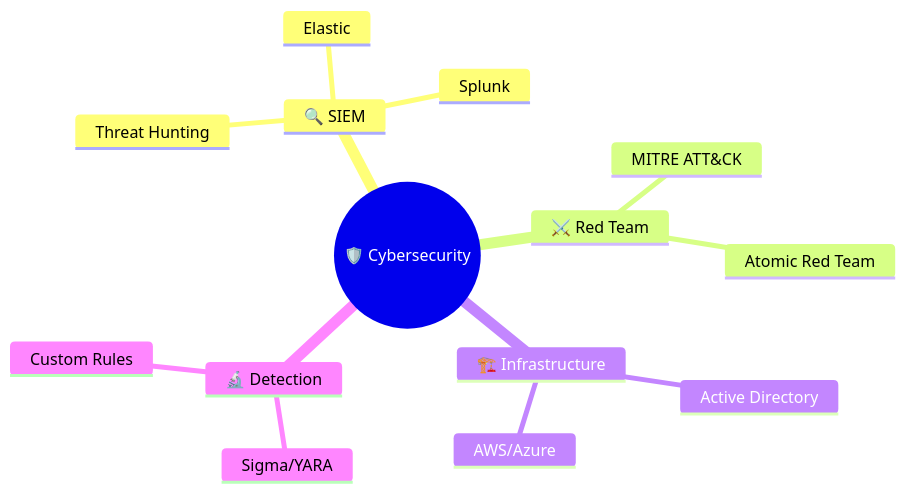
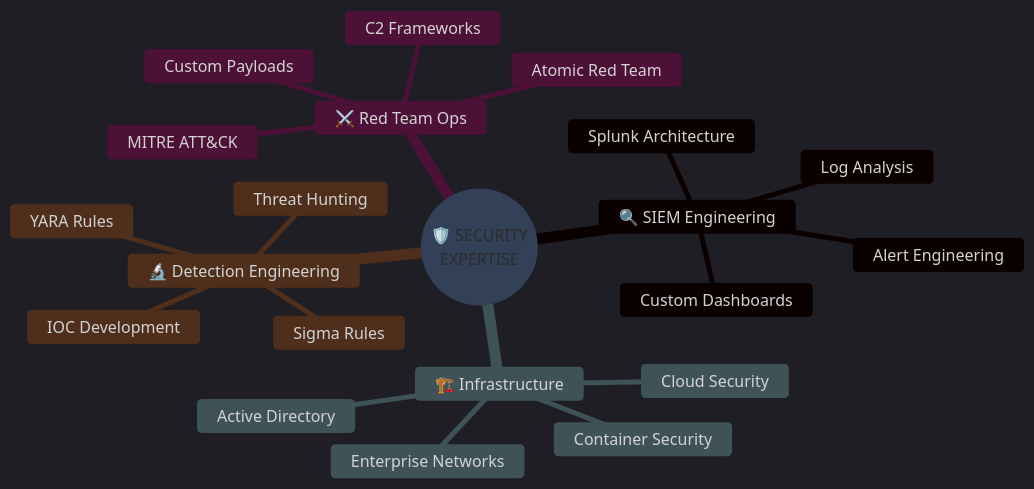
One commit to d3vhackz/d3vhackz changed the diagram in README.md. Above: the diagram before and after it, drawn with Mermaid. The commit also changed other lines of this file, not shown here.

````diff
--- a/README.md
+++ b/README.md
@@ -71,17 +147,26 @@
 ```mermaid
+%%{init: {'theme':'dark', 'themeVariables': { 'primaryColor': '#00D9FF', 'primaryTextColor': '#FFFFFF', 'primaryBorderColor': '#00D9FF', 'lineColor': '#00D9FF', 'secondaryColor': '#0D1117', 'tertiaryColor': '#21262D'}}}%%
 mindmap
-  root((🛡️ Cybersecurity))
-    🔍 SIEM
-      Splunk
-      Elastic
-      Threat Hunting
-    ⚔️ Red Team
+  root((🛡️ SECURITY
+    EXPERTISE))
+    🔍 SIEM Engineering
+      Splunk Architecture
+      Log Analysis
+      Custom Dashboards
+      Alert Engineering
+    ⚔️ Red Team Ops
       MITRE ATT&CK
       Atomic Red Team
+      Custom Payloads
+      C2 Frameworks
     🏗️ Infrastructure
       Active Directory
-      AWS/Azure
-    🔬 Detection
-      Sigma/YARA
-      Custom Rules
+      Enterprise Networks
+      Cloud Security
+      Container Security
+    🔬 Detection Engineering
+      Sigma Rules
+      YARA Rules
+      Threat Hunting
+      IOC Development
 ```
````
